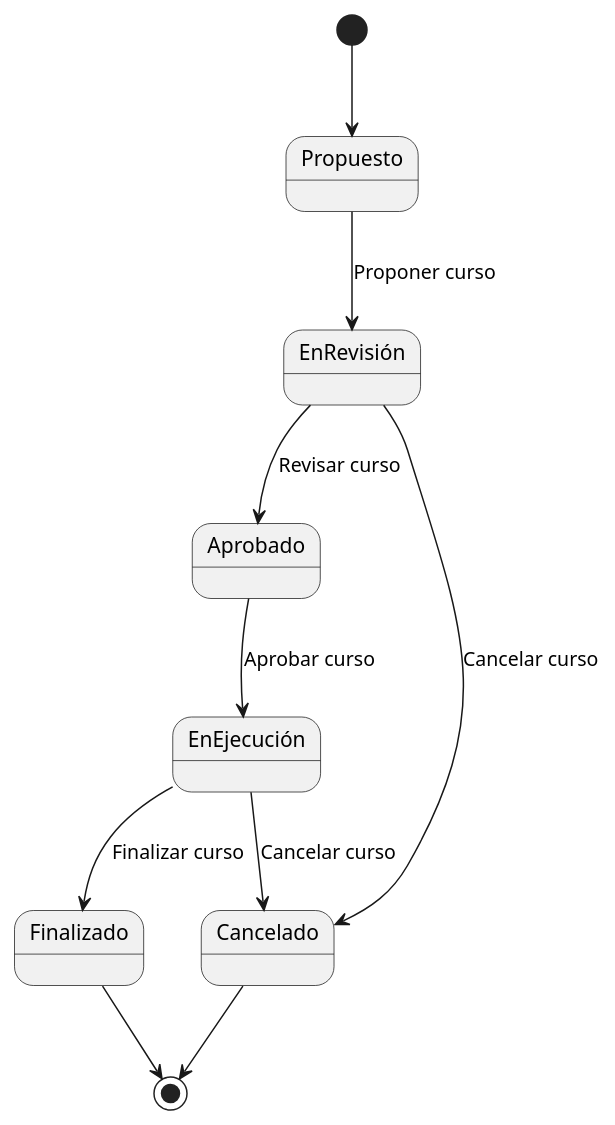
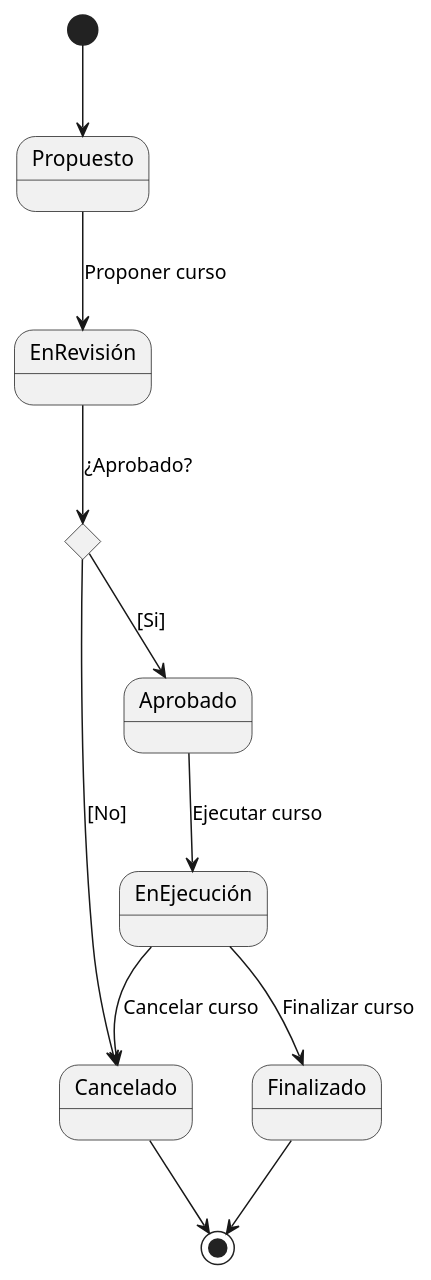
The diagram in docs/scenariosViews/Boceto de Diagrama de estado.wsd (Carlox101/Proyecto-IS-Equipo-5), drawn with PlantUML before and after one commit.

Commit message:
Update Boceto de Diagrama de estado.wsd

```diff
--- a/docs/scenariosViews/Boceto de Diagrama de estado.wsd
+++ b/docs/scenariosViews/Boceto de Diagrama de estado.wsd
@@ -1,11 +1,13 @@
 @startuml
 [*] --> Propuesto
 Propuesto --> EnRevisión : Proponer curso
-EnRevisión --> Aprobado : Revisar curso
-EnRevisión --> Cancelado : Cancelar curso
-Aprobado --> EnEjecución : Aprobar curso
+state c <<choice>>
+EnRevisión --> c : ¿Aprobado? 
+c --> Cancelado : [No] 
+c --> Aprobado : [Si]
+Aprobado --> EnEjecución: Ejecutar curso
 EnEjecución --> Finalizado : Finalizar curso
 EnEjecución --> Cancelado : Cancelar curso
 Finalizado --> [*]
 Cancelado --> [*]
 @enduml
```
